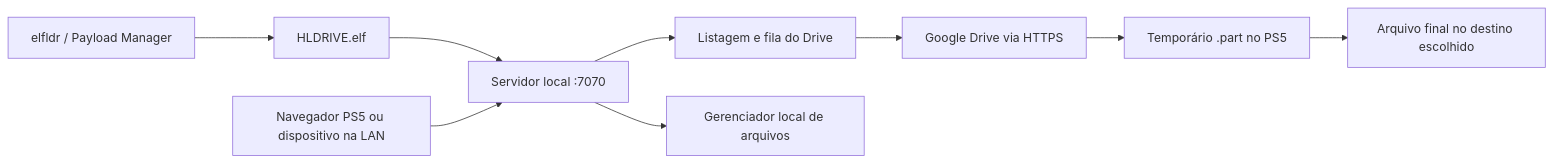
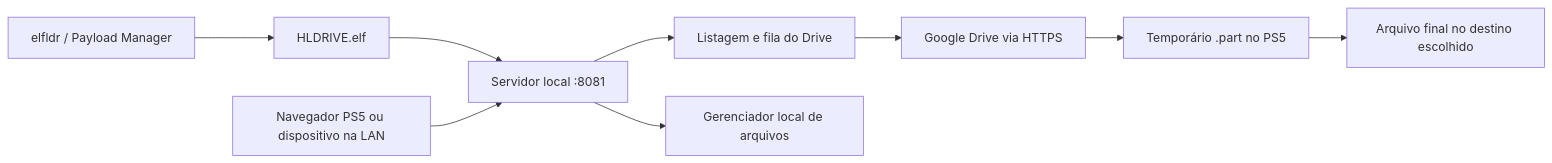
The diagram in README.md (louro2023/HLDRIVE), drawn with Mermaid before and after one commit. The commit also changed other lines of this file and 16 other files, not shown here.

````diff
--- a/README.md
+++ b/README.md
@@ -108,11 +108,11 @@
 ```mermaid
 flowchart LR
     L[elfldr / Payload Manager] --> E[HLDRIVE.elf]
-    E --> H[Servidor local :7070]
+    E --> H[Servidor local :8081]
     B[Navegador PS5 ou dispositivo na LAN] --> H
     H --> D[Listagem e fila do Drive]
     D --> G[Google Drive via HTTPS]
     G --> P[Temporário .part no PS5]
     P --> F[Arquivo final no destino escolhido]
     H --> M[Gerenciador local de arquivos]
 ```
````
